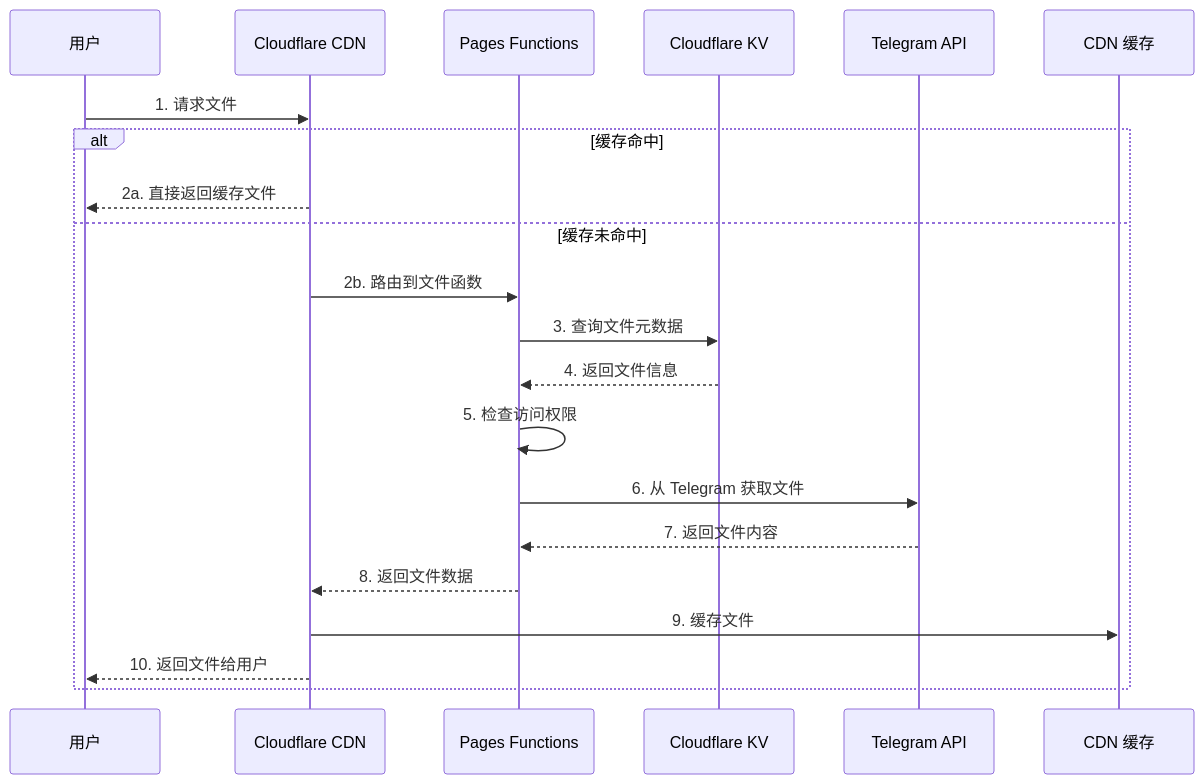
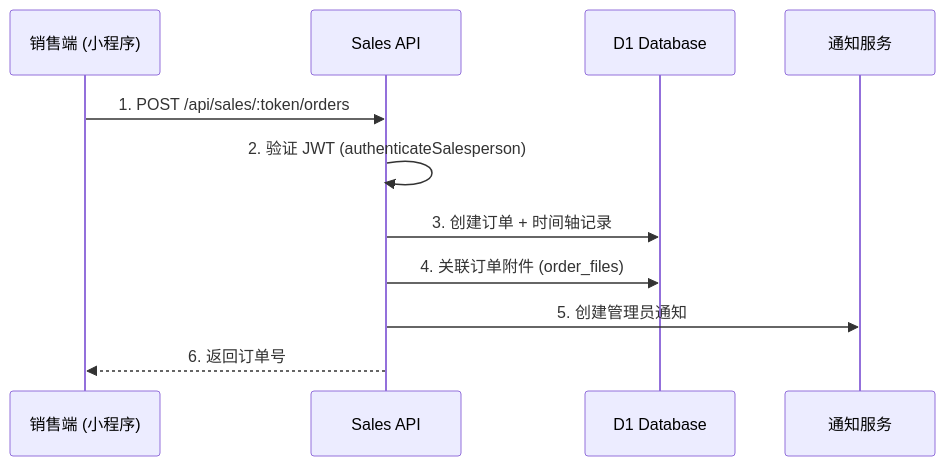
The fourth of 4 diagrams in docs/architecture/system-overview.md (lelouch0823/KK-Image), drawn with Mermaid before and after one commit. The commit also changed other lines of this file and 71 other files, not shown here.

````diff
--- a/docs/architecture/system-overview.md
+++ b/docs/architecture/system-overview.md
@@ -213,25 +147,14 @@
 ```mermaid
 sequenceDiagram
-    participant User as 用户
-    participant CDN as Cloudflare CDN
-    participant CF as Pages Functions
-    participant KV as Cloudflare KV
-    participant TG as Telegram API
-    participant Cache as CDN 缓存
+    participant Sales as 销售端 (小程序)
+    participant API as Sales API
+    participant D1 as D1 Database
+    participant Notify as 通知服务
     
-    User->>CDN: 1. 请求文件
-    
-    alt 缓存命中
-        CDN-->>User: 2a. 直接返回缓存文件
-    else 缓存未命中
-        CDN->>CF: 2b. 路由到文件函数
-        CF->>KV: 3. 查询文件元数据
-        KV-->>CF: 4. 返回文件信息
-        CF->>CF: 5. 检查访问权限
-        CF->>TG: 6. 从 Telegram 获取文件
-        TG-->>CF: 7. 返回文件内容
-        CF-->>CDN: 8. 返回文件数据
-        CDN->>Cache: 9. 缓存文件
-        CDN-->>User: 10. 返回文件给用户
-    end
+    Sales->>API: 1. POST /api/sales/:token/orders
+    API->>API: 2. 验证 JWT (authenticateSalesperson)
+    API->>D1: 3. 创建订单 + 时间轴记录
+    API->>D1: 4. 关联订单附件 (order_files)
+    API->>Notify: 5. 创建管理员通知
+    API-->>Sales: 6. 返回订单号
 ```
````
